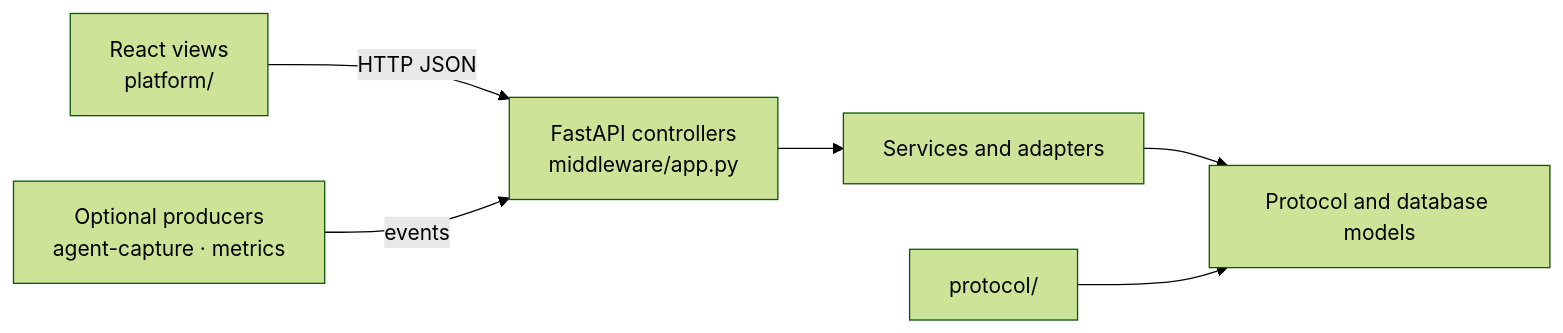
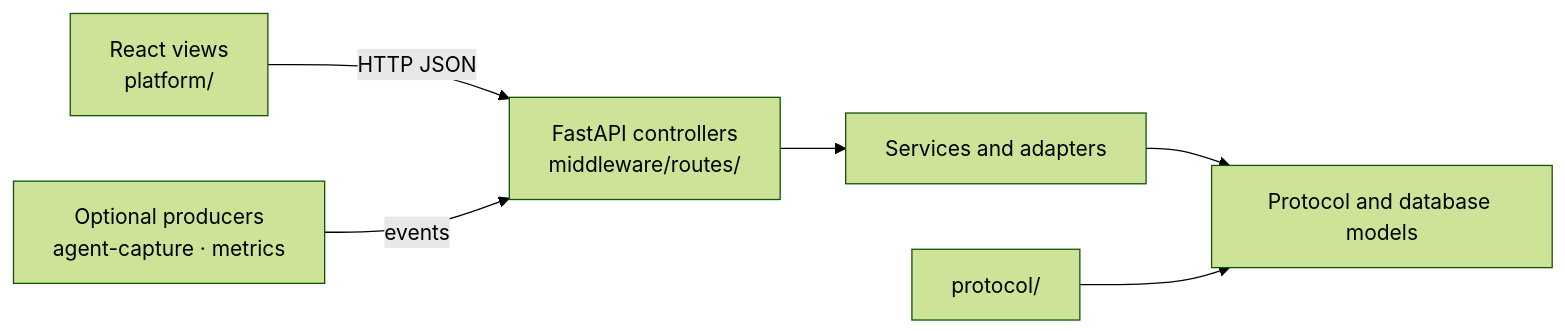
Before and after one commit to idreesshaikh/human-ai-studies-framework: the second of 3 diagrams in docs/architecture.md, drawn with Mermaid (forest theme). The commit also changed other lines of this file and 362 other files, not shown here.

````diff
--- a/docs/architecture.md
+++ b/docs/architecture.md
@@ -56,8 +55,8 @@
 ```mermaid
 flowchart LR
-    View[React views<br/>platform/] -->|HTTP JSON| Controller[FastAPI controllers<br/>middleware/app.py]
+    View[React views<br/>platform/] -->|HTTP JSON| Controller[FastAPI controllers<br/>middleware/routes/]
     Controller --> Services[Services and adapters]
     Services --> Models[Protocol and database models]
     Protocol[protocol/] --> Models
     Optional[Optional producers<br/>agent-capture · metrics] -->|events| Controller
 ```
````
